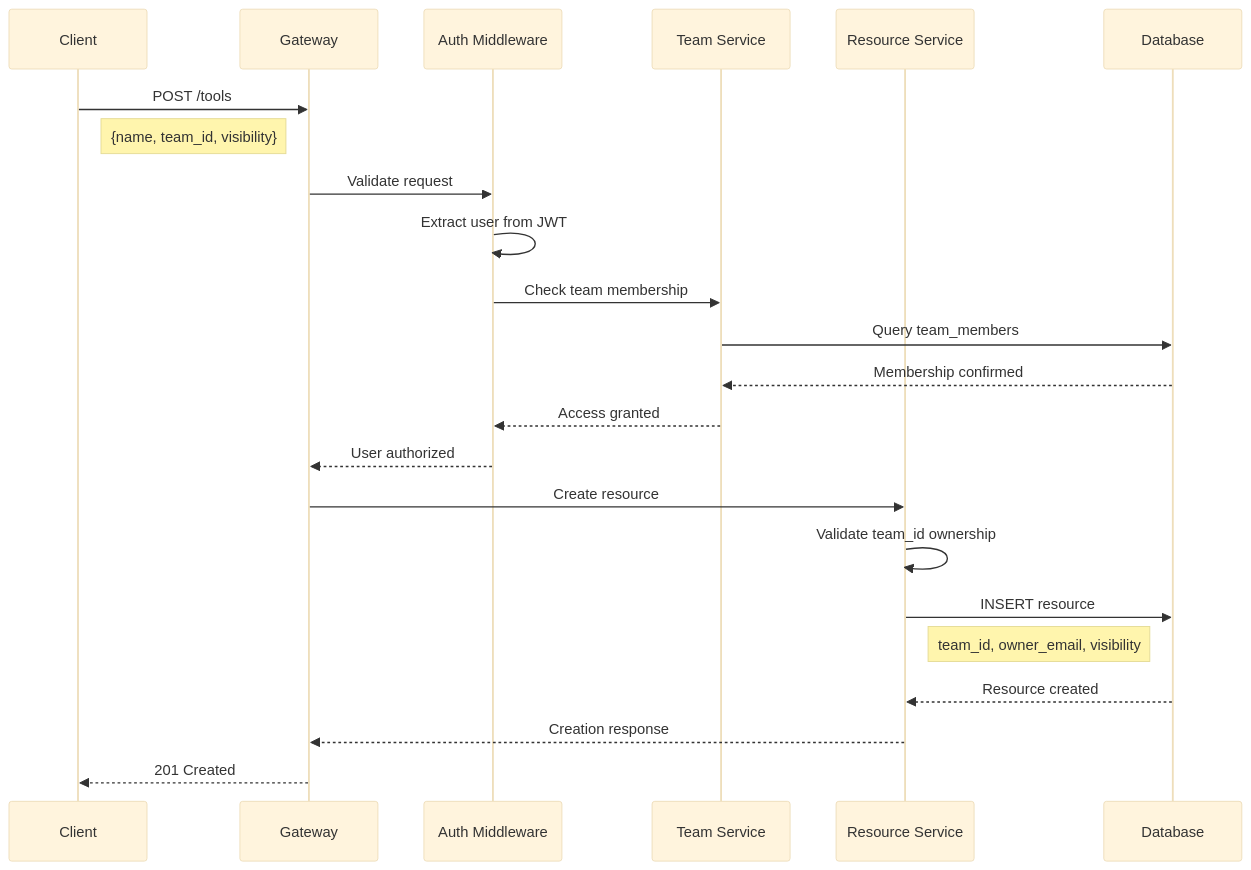
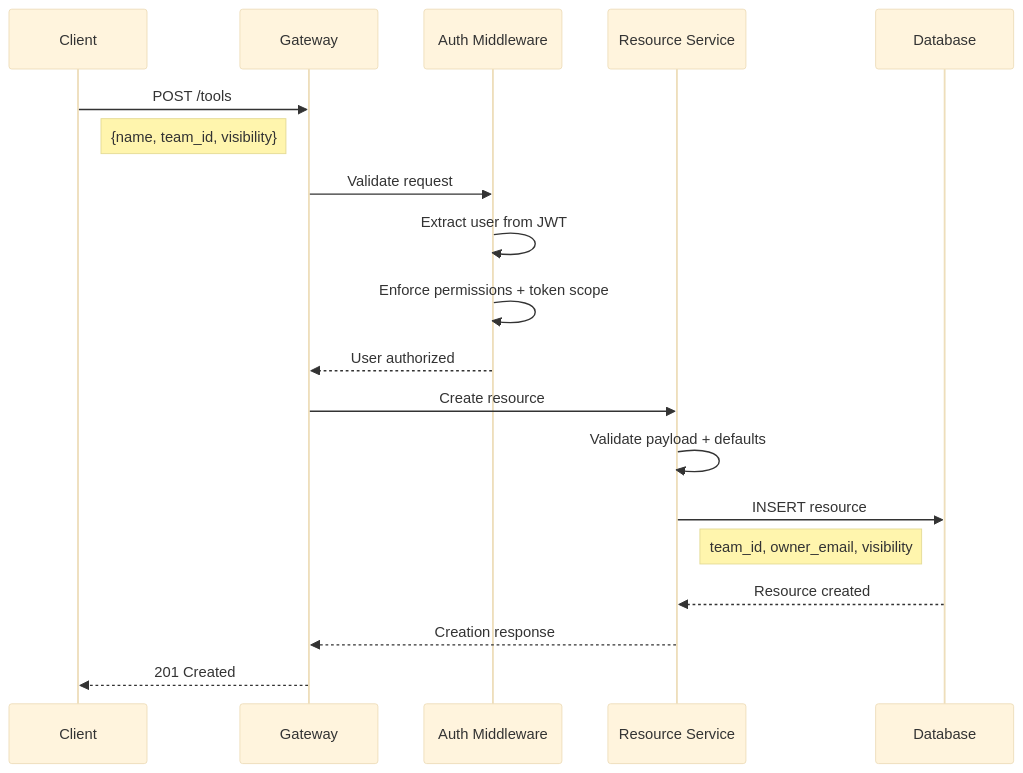
Diagram 15 of 16 in docs/docs/architecture/multitenancy.md (tedhabeck/mcp-context-forge), drawn with Mermaid (base theme) before and after one commit. The commit also changed other lines of this file and 147 other files, not shown here.

First line of the commit message:
docs: refresh docs formatting, links, and diagrams (#2624)

````diff
--- a/docs/docs/architecture/multitenancy.md
+++ b/docs/docs/architecture/multitenancy.md
@@ -990,28 +1008,24 @@
 ```mermaid
 sequenceDiagram
     participant C as Client
     participant G as Gateway
     participant A as Auth Middleware
-    participant T as Team Service
     participant R as Resource Service
     participant DB as Database
 
     C->>G: POST /tools
     Note right of C: {name, team_id, visibility}
 
     G->>A: Validate request
     A->>A: Extract user from JWT
-    A->>T: Check team membership
-    T->>DB: Query team_members
-    DB-->>T: Membership confirmed
-    T-->>A: Access granted
+    A->>A: Enforce permissions + token scope
     A-->>G: User authorized
 
     G->>R: Create resource
-    R->>R: Validate team_id ownership
+    R->>R: Validate payload + defaults
     R->>DB: INSERT resource
     Note right of R: team_id, owner_email, visibility
     DB-->>R: Resource created
     R-->>G: Creation response
     G-->>C: 201 Created
 ```
````
